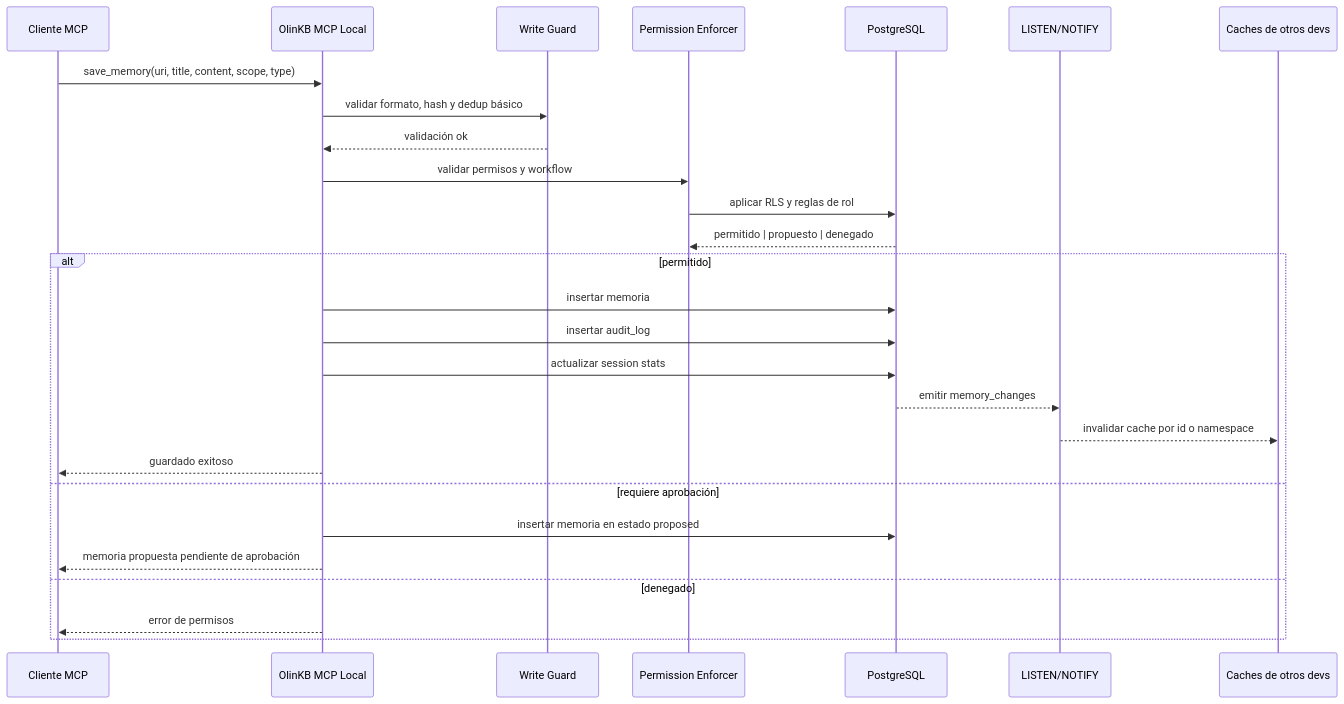
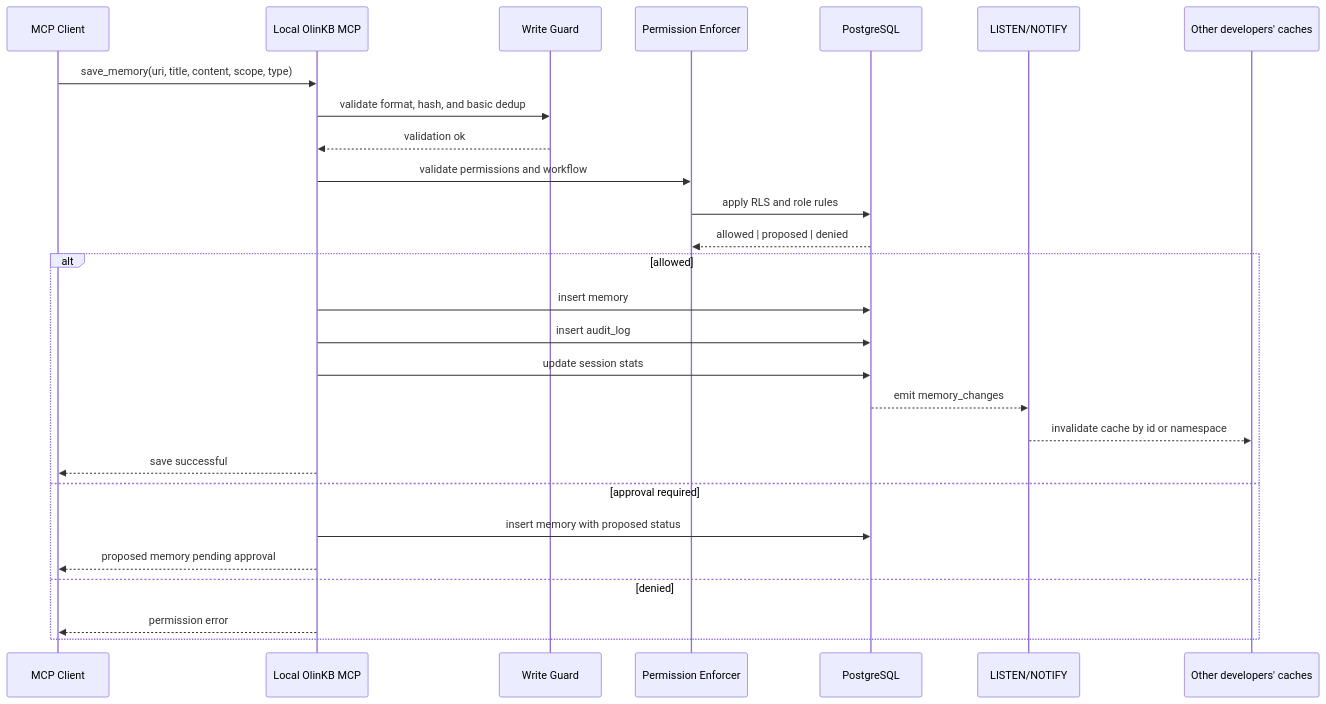
The sixth of 6 diagrams in docs/olinkb-arquitectura-c4.md (rzjulio/olinkb), drawn with Mermaid before and after one commit. The commit also changed other lines of this file and 22 other files, not shown here.

Commit message:
Refactor tests and templates to use "example-team" instead of "mi-equipo"; add memory relevance triage skill template; conduct comprehensive code audit with findings and remediation plan.

````diff
--- a/docs/olinkb-arquitectura-c4.md
+++ b/docs/olinkb-arquitectura-c4.md
@@ -219,30 +219,30 @@
 ```mermaid
 sequenceDiagram
-    participant IDE as Cliente MCP
-    participant MCP as OlinKB MCP Local
+    participant IDE as MCP Client
+    participant MCP as Local OlinKB MCP
     participant WG as Write Guard
     participant PERM as Permission Enforcer
     participant PG as PostgreSQL
     participant EV as LISTEN/NOTIFY
-    participant PEERS as Caches de otros devs
+    participant PEERS as Other developers' caches
 
     IDE->>MCP: save_memory(uri, title, content, scope, type)
-    MCP->>WG: validar formato, hash y dedup básico
-    WG-->>MCP: validación ok
-    MCP->>PERM: validar permisos y workflow
-    PERM->>PG: aplicar RLS y reglas de rol
-    PG-->>PERM: permitido | propuesto | denegado
-    alt permitido
-        MCP->>PG: insertar memoria
-        MCP->>PG: insertar audit_log
-        MCP->>PG: actualizar session stats
-        PG-->>EV: emitir memory_changes
-        EV-->>PEERS: invalidar cache por id o namespace
-        MCP-->>IDE: guardado exitoso
-    else requiere aprobación
-        MCP->>PG: insertar memoria en estado proposed
-        MCP-->>IDE: memoria propuesta pendiente de aprobación
-    else denegado
-        MCP-->>IDE: error de permisos
+    MCP->>WG: validate format, hash, and basic dedup
+    WG-->>MCP: validation ok
+    MCP->>PERM: validate permissions and workflow
+    PERM->>PG: apply RLS and role rules
+    PG-->>PERM: allowed | proposed | denied
+    alt allowed
+        MCP->>PG: insert memory
+        MCP->>PG: insert audit_log
+        MCP->>PG: update session stats
+        PG-->>EV: emit memory_changes
+        EV-->>PEERS: invalidate cache by id or namespace
+        MCP-->>IDE: save successful
+    else approval required
+        MCP->>PG: insert memory with proposed status
+        MCP-->>IDE: proposed memory pending approval
+    else denied
+        MCP-->>IDE: permission error
     end
 ```
````
